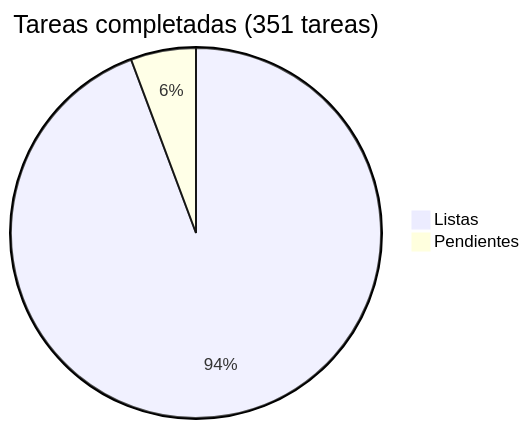
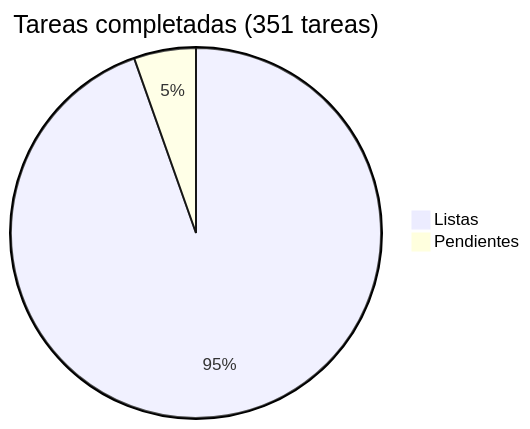
One commit to araguaney-lat/araguaney changed the diagram in docs/roadmap/README.md. Above: the diagram before and after it, drawn with Mermaid. The commit also changed other lines of this file and 10 other files, not shown here.

````diff
--- a/docs/roadmap/README.md
+++ b/docs/roadmap/README.md
@@ -5,5 +5,5 @@
 ```mermaid
 pie title Tareas completadas (351 tareas)
-    "Listas" : 331
-    "Pendientes" : 20
+    "Listas" : 332
+    "Pendientes" : 19
 ```
````
